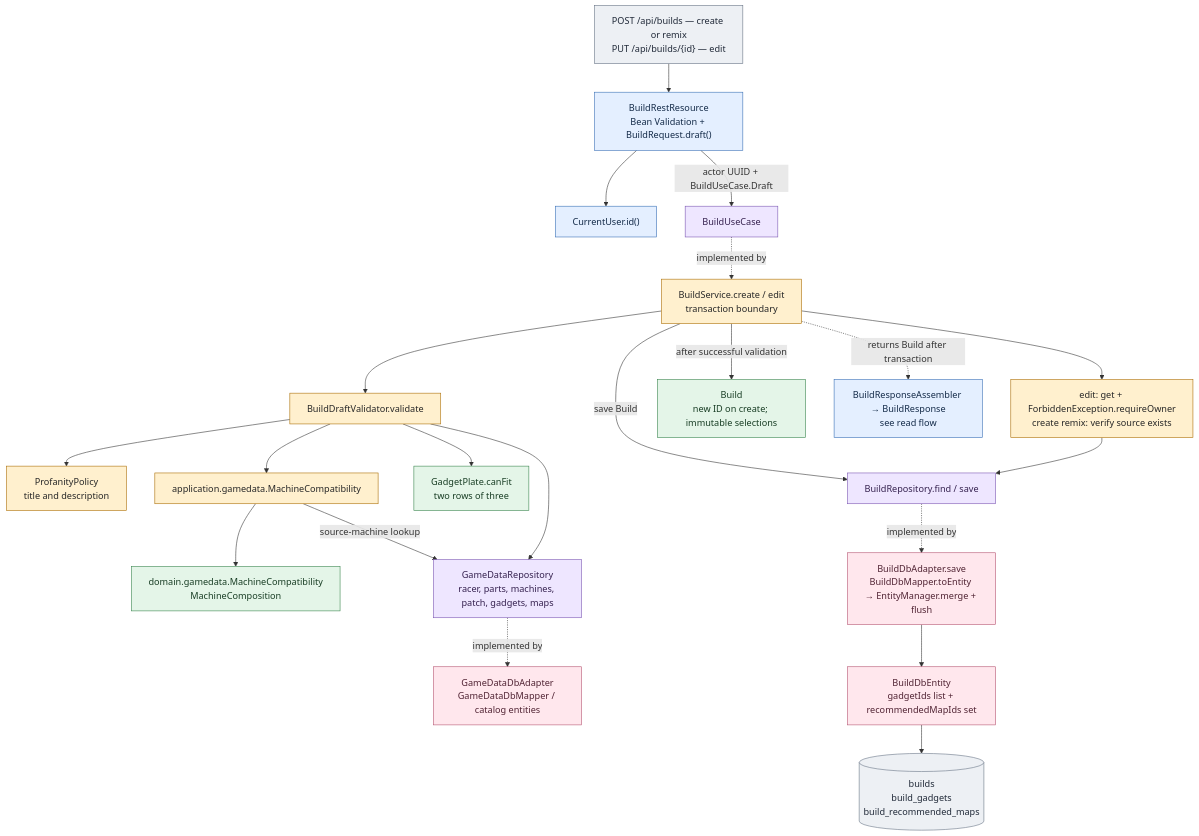
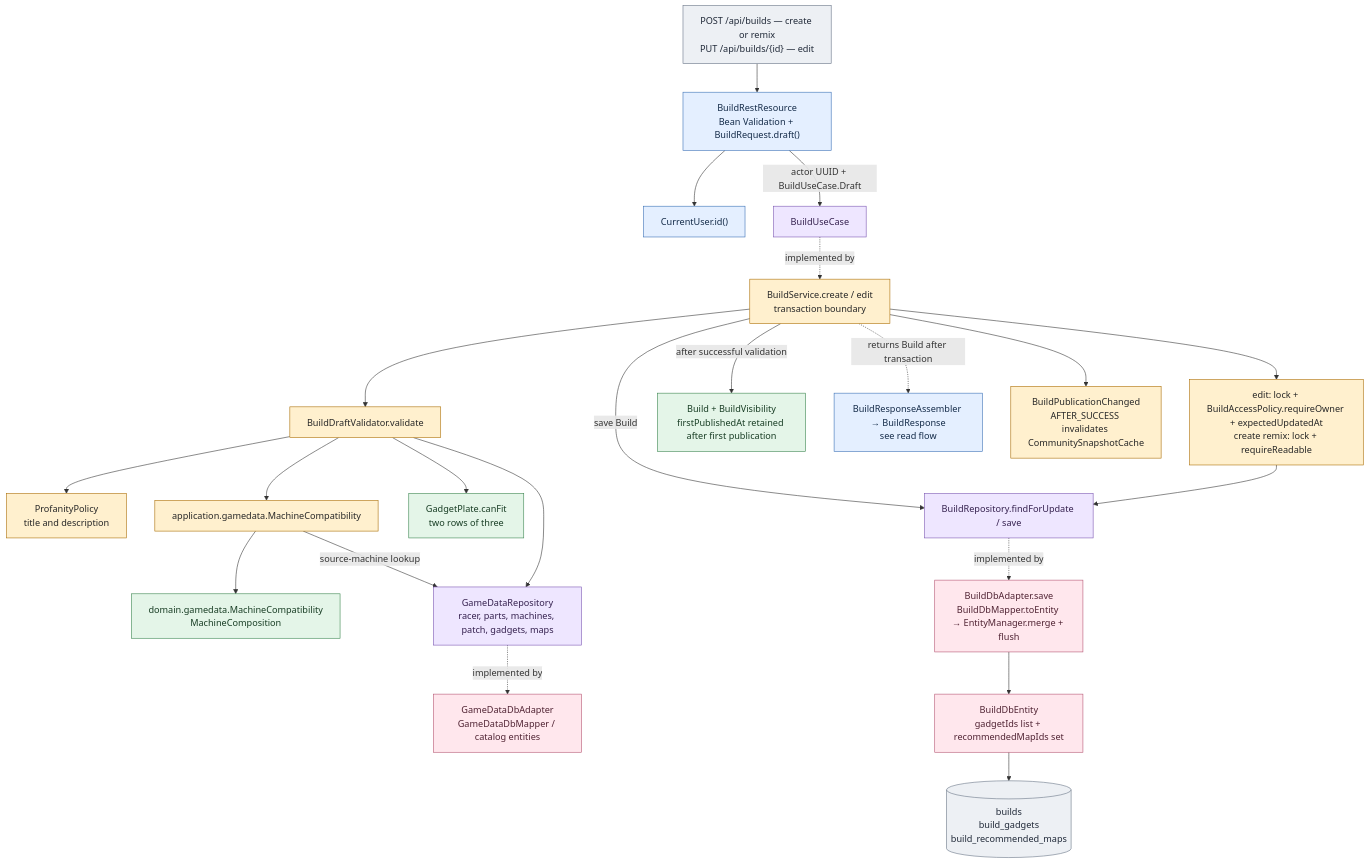
The diagram in docs/architecture/build-flow.mmd (alexungu04genoff/RingLab), drawn with Mermaid before and after one commit. The commit also changed 77 other files, not shown here.

Commit message:
feat: add private builds and publication access controls

```diff
--- a/docs/architecture/build-flow.mmd
+++ b/docs/architecture/build-flow.mmd
@@ -1,44 +1,45 @@
 flowchart TB
   http["POST /api/builds — create or remix<br/>PUT /api/builds/{id} — edit"]:::outside
   rest["BuildRestResource<br/>Bean Validation + BuildRequest.draft()"]:::rest
   actor["CurrentUser.id()"]:::rest
   svc["BuildService.create / edit<br/>transaction boundary"]:::app
-  existing["edit: get + ForbiddenException.requireOwner<br/>create remix: verify source exists"]:::app
+  existing["edit: lock + BuildAccessPolicy.requireOwner + expectedUpdatedAt<br/>create remix: lock + requireReadable"]:::app
   draft["BuildDraftValidator.validate"]:::app
   profanity["ProfanityPolicy<br/>title and description"]:::app
   compat["application.gamedata.MachineCompatibility"]:::app
   rules["domain.gamedata.MachineCompatibility<br/>MachineComposition"]:::domain
   plate["GadgetPlate.canFit<br/>two rows of three"]:::domain
   game["GameDataRepository<br/>racer, parts, machines, patch, gadgets, maps"]:::port
   ga["GameDataDbAdapter<br/>GameDataDbMapper / catalog entities"]:::adapter
-  build["Build<br/>new ID on create; immutable selections"]:::domain
-  repo["BuildRepository.find / save"]:::port
+  build["Build + BuildVisibility<br/>firstPublishedAt retained after first publication"]:::domain
+  repo["BuildRepository.findForUpdate / save"]:::port
   db["BuildDbAdapter.save<br/>BuildDbMapper.toEntity → EntityManager.merge + flush"]:::adapter
   entity["BuildDbEntity<br/>gadgetIds list + recommendedMapIds set"]:::adapter
   tables[("builds<br/>build_gadgets<br/>build_recommended_maps")]:::outside
   response["BuildResponseAssembler → BuildResponse<br/>see read flow"]:::rest
   http --> rest
   rest --> actor
   rest -->|"actor UUID + BuildUseCase.Draft"| input["BuildUseCase"]:::port
   input -.->|"implemented by"| svc
   svc --> existing
+  svc --> publication["BuildPublicationChanged<br/>AFTER_SUCCESS invalidates CommunitySnapshotCache"]:::app
   existing --> repo
   svc --> draft
   draft --> profanity
   draft --> compat
   compat --> rules
   draft --> plate
   draft --> game
   compat -->|"source-machine lookup"| game
   game -.->|"implemented by"| ga
   svc -->|"after successful validation"| build
   svc -->|"save Build"| repo
   repo -.->|"implemented by"| db
   db --> entity --> tables
   svc -.->|"returns Build after transaction"| response
   classDef rest fill:#e4efff,stroke:#356db4,color:#142b49
   classDef app fill:#fff0ce,stroke:#a96b00,color:#272727
   classDef domain fill:#e4f5e8,stroke:#37834c,color:#183d24
   classDef port fill:#eee6ff,stroke:#7954b1,color:#35214f
   classDef adapter fill:#ffe7ed,stroke:#b45370,color:#502333
   classDef outside fill:#edf0f4,stroke:#657184,color:#202938
```
